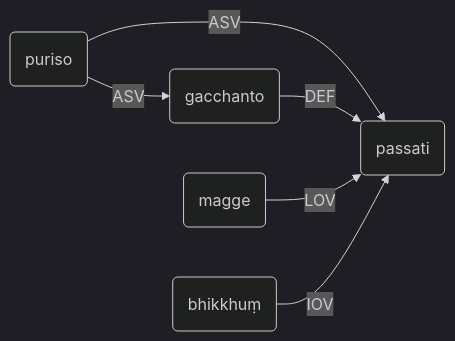
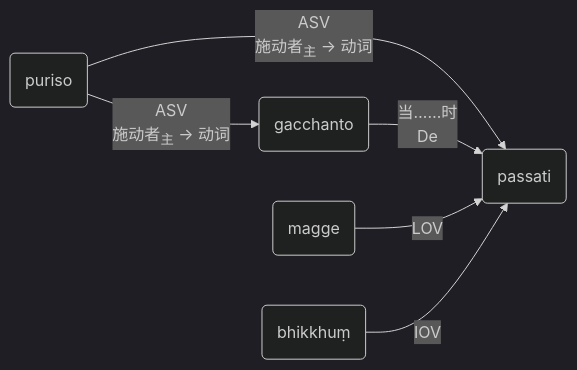
One commit to iapt-platform/pali-handbook changed the first of 4 diagrams in src/advance-relation/20_nouns.md. Above: the diagram before and after it, drawn with Mermaid (dark theme). The commit also changed other lines of this file and 15 other files, not shown here.

````diff
--- a/src/advance-relation/20_nouns.md
+++ b/src/advance-relation/20_nouns.md
@@ -15,13 +21,13 @@
-```mermaid
+<div class="mermaid">
 flowchart LR
 A("puriso")
 B("gacchanto")
 C("passati")
 D("magge")
 E("bhikkhuṃ")
-A--"ASV"-->B
-A--"ASV"-->C
-B--"DEF"-->C
+A--"ASV<br>施动者<sub>主</sub> → 动词"-->B
+A--"ASV<br>施动者<sub>主</sub> → 动词"-->C
+B--"当……时<br>De"-->C
 D--"LOV"-->C
 E--"IOV"-->C
-```
+</div>
````
